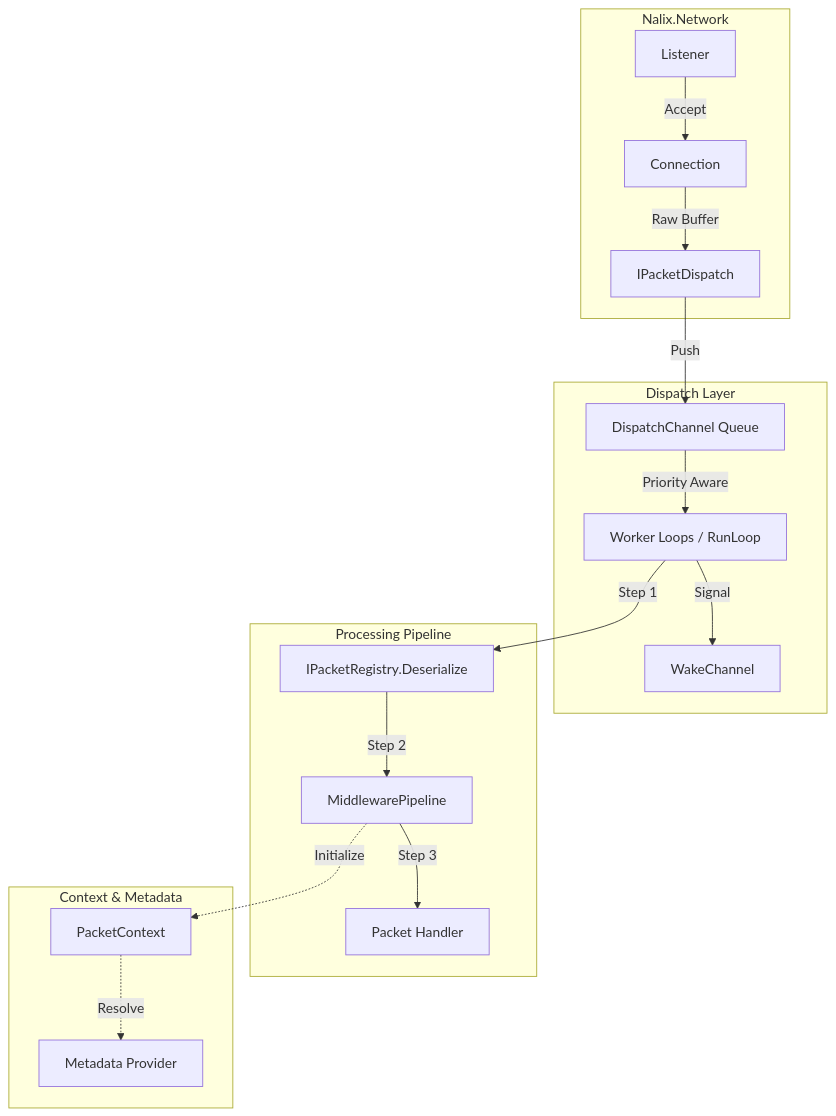
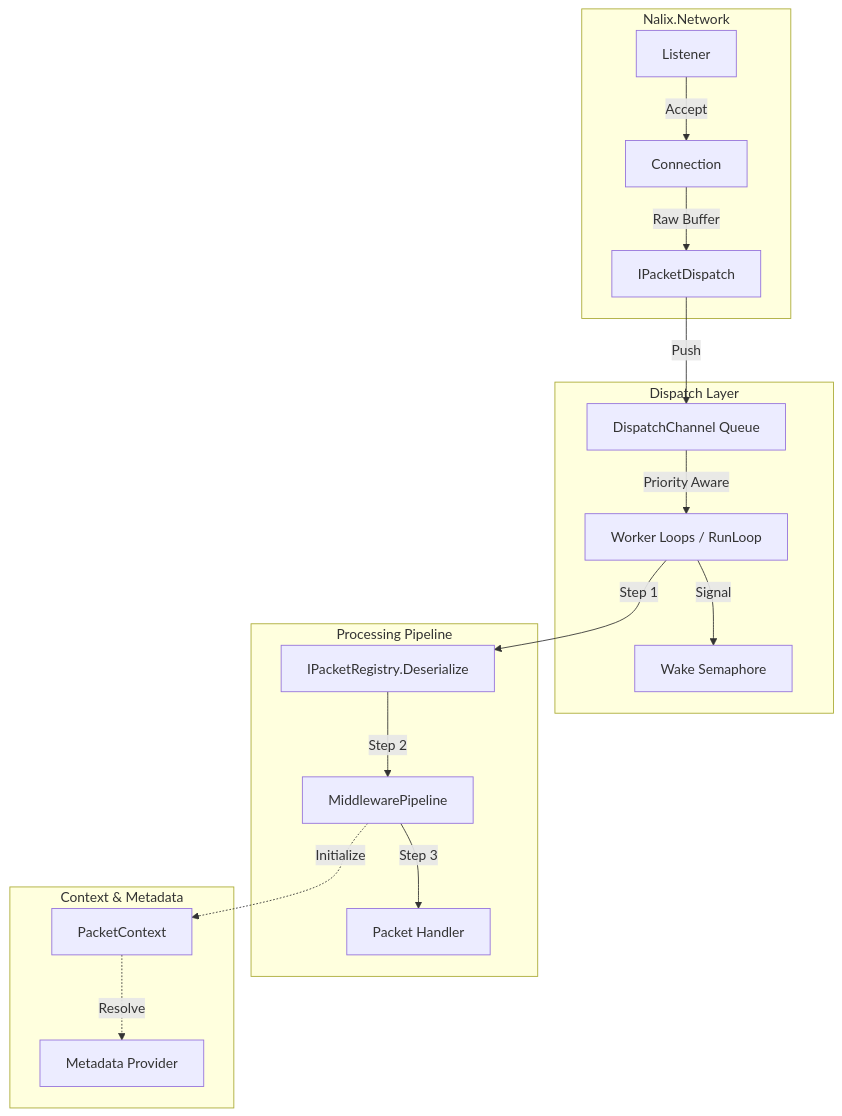
One commit to ppn-systems/Nalix changed the diagram in docs/api/runtime/index.md. Above: the diagram before and after it, drawn with Mermaid. The commit also changed other lines of this file and 101 other files, not shown here.

````diff
--- a/docs/api/runtime/index.md
+++ b/docs/api/runtime/index.md
@@ -9,24 +9,24 @@
 ```mermaid
 flowchart TD
     subgraph Network[Nalix.Network]
         L[Listener] -->|Accept| C[Connection]
         C -->|Raw Buffer| D[IPacketDispatch]
     end
 
     subgraph Channel[Dispatch Layer]
         D -->|Push| Q[DispatchChannel Queue]
         Q -->|Priority Aware| WL[Worker Loops / RunLoop]
-        WL -->|Signal| Wake[WakeChannel]
+        WL -->|Signal| Wake[Wake Semaphore]
     end
 
     subgraph Pipeline[Processing Pipeline]
         WL -->|Step 1| Des[IPacketRegistry.Deserialize]
         Des -->|Step 2| PM[MiddlewarePipeline]
         PM -->|Step 3| H[Packet Handler]
     end
 
     subgraph State[Context & Metadata]
         PM -.->|Initialize|Ctx[PacketContext]
         Ctx -.->|Resolve| Meta[Metadata Provider]
     end
 ```
````
